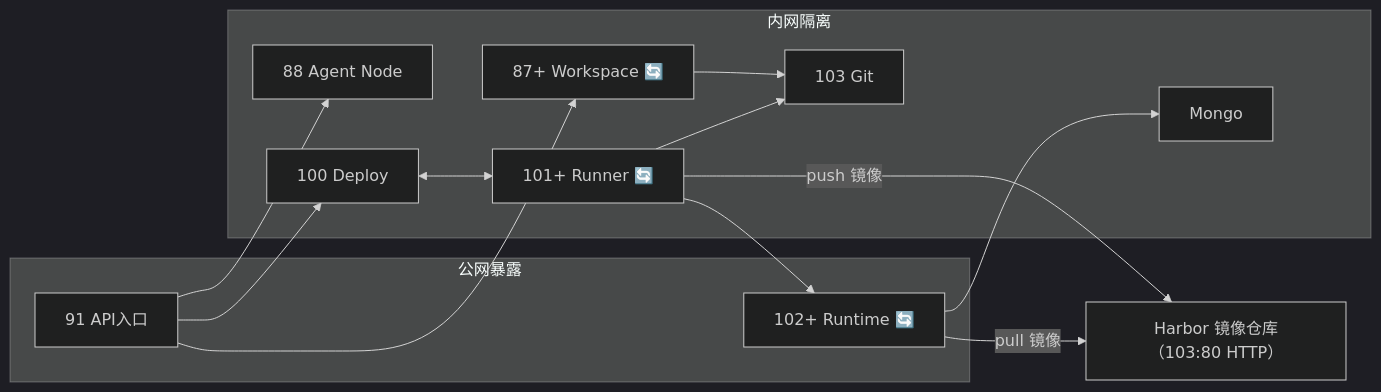
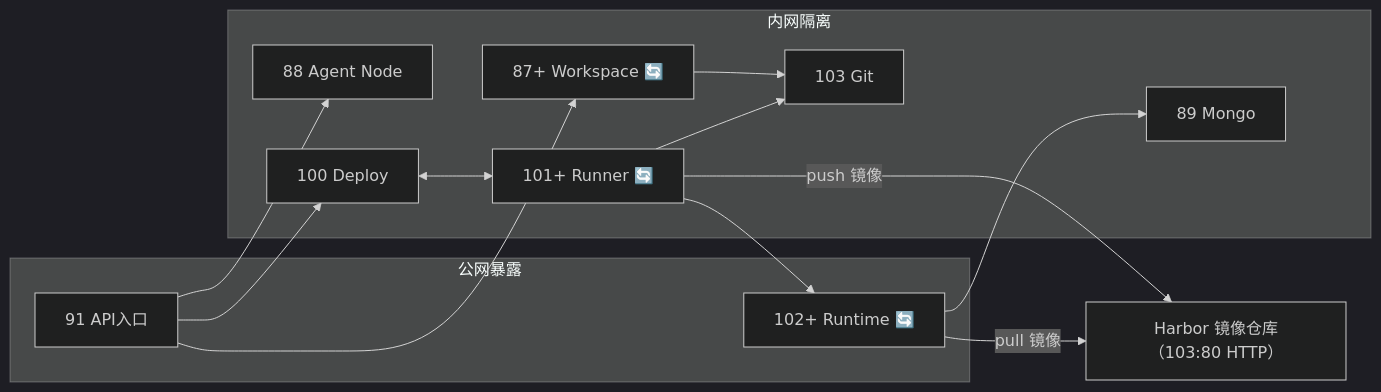
The fourth of 4 diagrams in src/main/resources/doc/domains/architecture/README.md (ruiAndroid/fun-ai-studio-api), drawn with Mermaid (dark theme) before and after one commit. The commit also changed other lines of this file, not shown here.

````diff
--- a/src/main/resources/doc/domains/architecture/README.md
+++ b/src/main/resources/doc/domains/architecture/README.md
@@ -221,29 +222,29 @@
 ```mermaid
 flowchart LR
     subgraph Public["公网暴露"]
         P91["91 API入口"]
         P102["102+ Runtime 🔄"]
     end
 
     subgraph Private["内网隔离"]
         S88["88 Agent Node"]
         S87["87+ Workspace 🔄"]
         S100["100 Deploy"]
         S101["101+ Runner 🔄"]
         S103["103 Git"]
-        SMongo["Mongo"]
+        S89["89 Mongo"]
     end
 
     Harbor["Harbor 镜像仓库（103:80 HTTP）"]
 
     P91 --> S88
     P91 --> S87
     P91 --> S100
     S100 <--> S101
     S101 --> S103
     S101 -->|push 镜像| Harbor
     S101 --> P102
     P102 -->|pull 镜像| Harbor
-    P102 --> SMongo
+    P102 --> S89
     S87 --> S103
 ```
````
